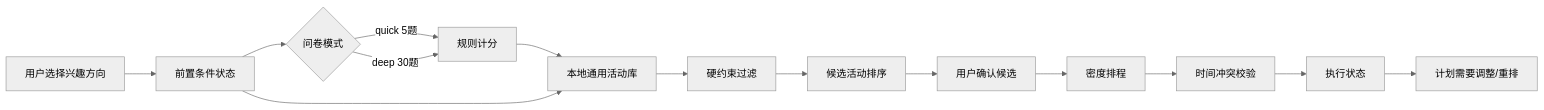
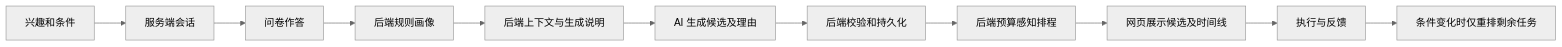
One commit to liorakozev639-a11y/yxy1.0 changed the diagram in outputs/空闲时间规划Agent前端技术方案.md. Above: the diagram before and after it, drawn with Mermaid (neutral theme). The commit also changed other lines of this file and 13 other files, not shown here.

````diff
--- a/outputs/空闲时间规划Agent前端技术方案.md
+++ b/outputs/空闲时间规划Agent前端技术方案.md
@@ -128,16 +128,13 @@
 ```mermaid
 flowchart LR
-    A[用户选择兴趣方向] --> B[前置条件状态]
-    B --> C{问卷模式}
-    C -->|quick 5题| D[规则计分]
-    C -->|deep 30题| D
-    D --> E[本地通用活动库]
-    B --> E
-    E --> F[硬约束过滤]
-    F --> G[候选活动排序]
-    G --> H[用户确认候选]
-    H --> I[密度排程]
-    I --> J[时间冲突校验]
-    J --> K[执行状态]
-    K --> L[计划需要调整/重排]
+    A[兴趣和条件] --> B[服务端会话]
+    B --> C[问卷作答]
+    C --> D[后端规则画像]
+    D --> E[后端上下文与生成说明]
+    E --> F[AI 生成候选及理由]
+    F --> G[后端校验和持久化]
+    G --> H[后端预算感知排程]
+    H --> I[网页展示候选及时间线]
+    I --> J[执行与反馈]
+    J --> K[条件变化时仅重排剩余任务]
 ```
````
